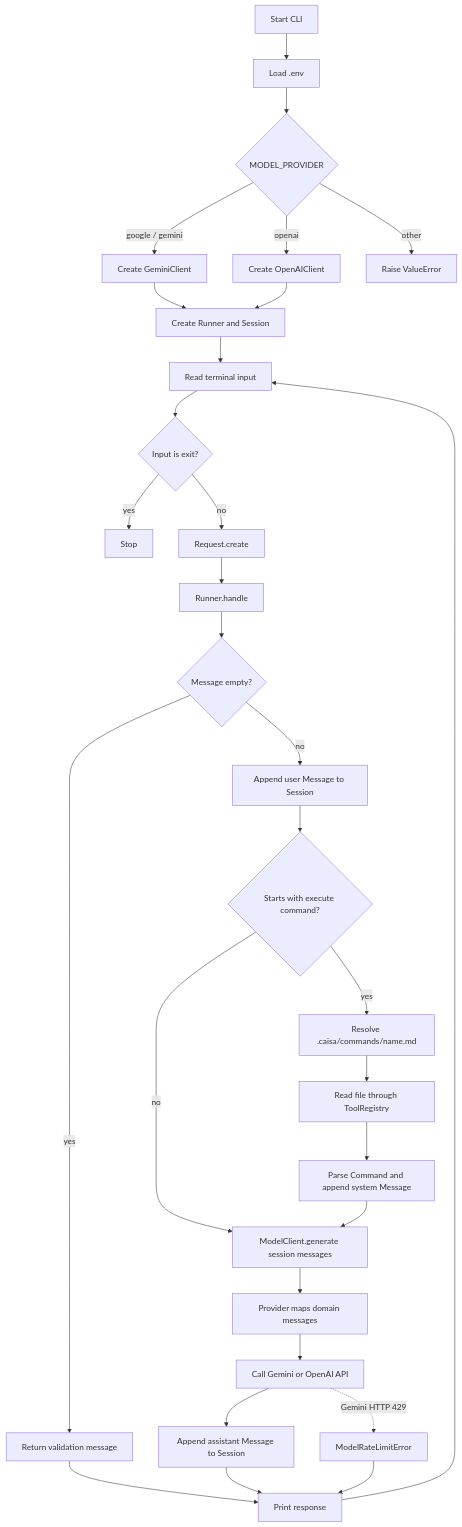
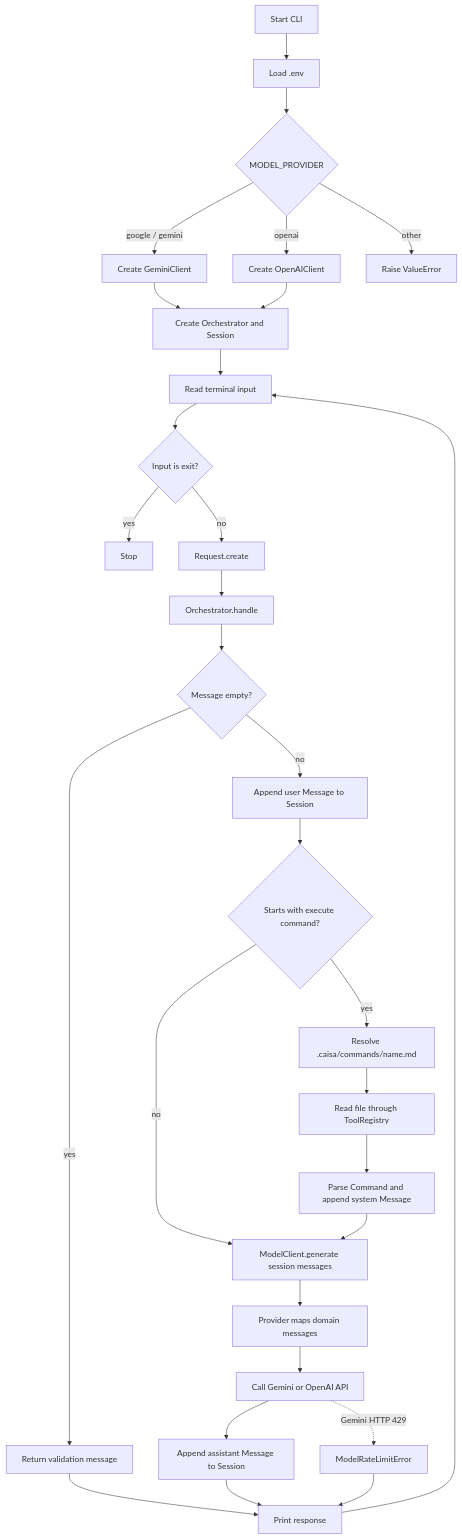
One commit to kalinVn/caisa_harnes_project changed the first of 2 diagrams in doc/project_strucrure.md. Above: the diagram before and after it, drawn with Mermaid. The commit also changed other lines of this file and 14 other files, not shown here.

````diff
--- a/doc/project_strucrure.md
+++ b/doc/project_strucrure.md
@@ -130,32 +130,32 @@
 ```mermaid
 flowchart TD
     A[Start CLI] --> B[Load .env]
     B --> C{MODEL_PROVIDER}
     C -->|google / gemini| D[Create GeminiClient]
     C -->|openai| E[Create OpenAIClient]
     C -->|other| X[Raise ValueError]
-    D --> F[Create Runner and Session]
+    D --> F[Create Orchestrator and Session]
     E --> F
     F --> G[Read terminal input]
     G --> H{Input is exit?}
     H -->|yes| Z[Stop]
     H -->|no| I[Request.create]
-    I --> J[Runner.handle]
+    I --> J[Orchestrator.handle]
     J --> K{Message empty?}
     K -->|yes| L[Return validation message]
     K -->|no| M[Append user Message to Session]
     M --> N{Starts with execute command?}
     N -->|no| R[ModelClient.generate session messages]
     N -->|yes| O[Resolve .caisa/commands/name.md]
     O --> P[Read file through ToolRegistry]
     P --> Q[Parse Command and append system Message]
     Q --> R
     R --> S[Provider maps domain messages]
     S --> T[Call Gemini or OpenAI API]
     T --> U[Append assistant Message to Session]
     U --> V[Print response]
     L --> V
     V --> G
     T -. Gemini HTTP 429 .-> W[ModelRateLimitError]
     W --> V
 ```
````
